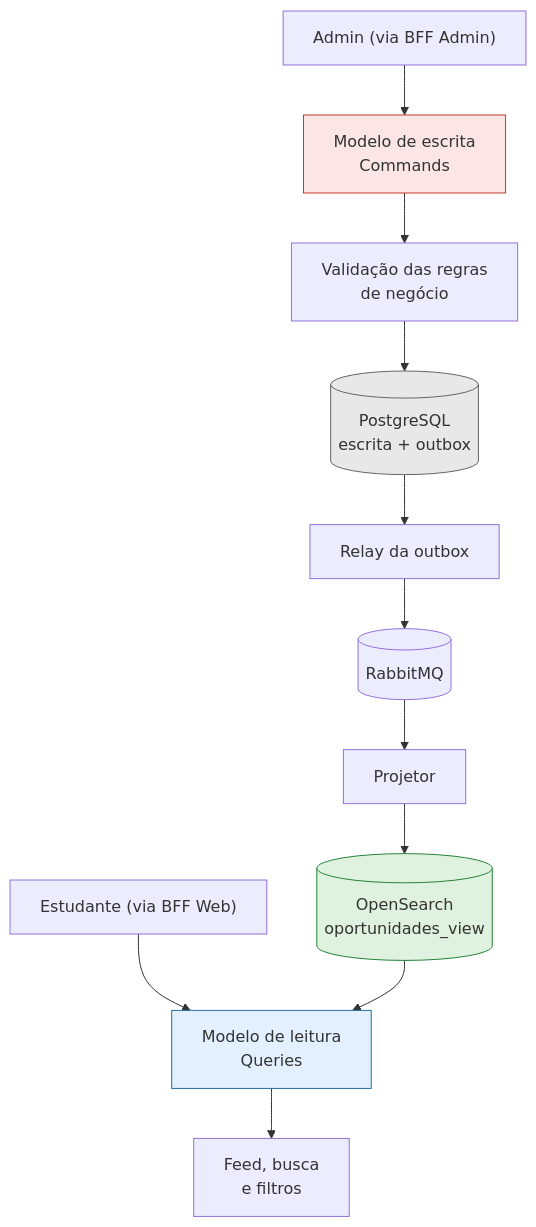
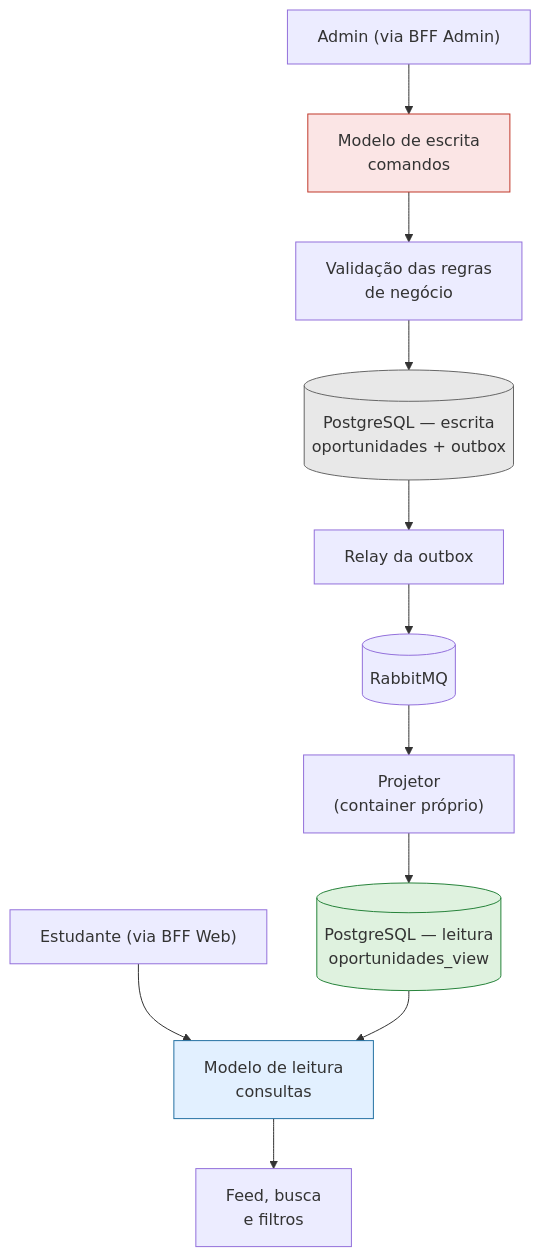
Before and after one commit to joao-givisiez/ConectaU: the diagram in docs/arquitetura/4.7-cqrs.md, drawn with Mermaid. The commit also changed other lines of this file and 10 other files, not shown here.

````diff
--- a/docs/arquitetura/4.7-cqrs.md
+++ b/docs/arquitetura/4.7-cqrs.md
@@ -29,21 +38,21 @@
 ```mermaid
 flowchart TD
-    ADM["Admin (via BFF Admin)"] --> CMD["Modelo de escrita<br/>Commands"]
-    EST["Estudante (via BFF Web)"] --> QRY["Modelo de leitura<br/>Queries"]
+    ADM["Admin (via BFF Admin)"] --> CMD["Modelo de escrita<br/>comandos"]
+    EST["Estudante (via BFF Web)"] --> QRY["Modelo de leitura<br/>consultas"]
 
     CMD --> RULES["Validação das regras<br/>de negócio"]
-    RULES --> DB[("PostgreSQL<br/>escrita + outbox")]
+    RULES --> DB[("PostgreSQL — escrita<br/>oportunidades + outbox")]
 
     DB --> RELAY["Relay da outbox"]
     RELAY --> MQ[("RabbitMQ")]
-    MQ --> PROJ["Projetor"]
-    PROJ --> OS[("OpenSearch<br/>oportunidades_view")]
-    OS --> QRY
+    MQ --> PROJ["Projetor<br/>(container próprio)"]
+    PROJ --> RD[("PostgreSQL — leitura<br/>oportunidades_view")]
+    RD --> QRY
 
     QRY --> RESULT["Feed, busca<br/>e filtros"]
 
     style CMD fill:#fbe5e5,stroke:#c0392b,color:#333
     style QRY fill:#e2f0ff,stroke:#2471a3,color:#333
     style DB fill:#e8e8e8,stroke:#666,color:#333
-    style OS fill:#dff2df,stroke:#27833b,color:#333
+    style RD fill:#dff2df,stroke:#27833b,color:#333
 ```
````
